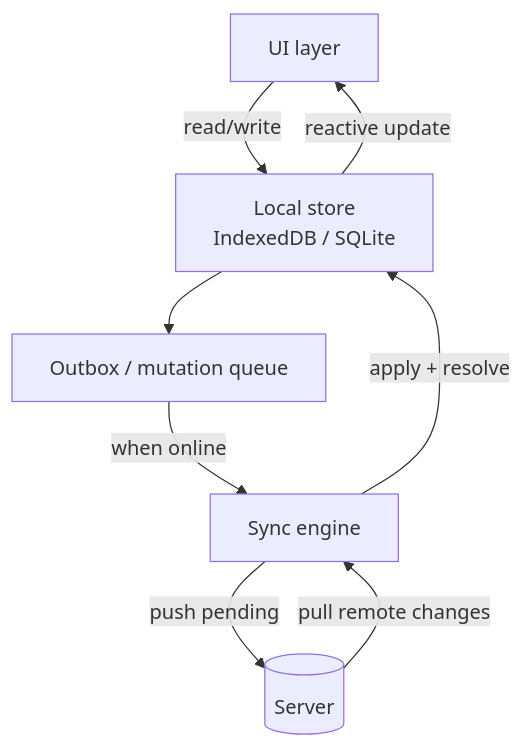
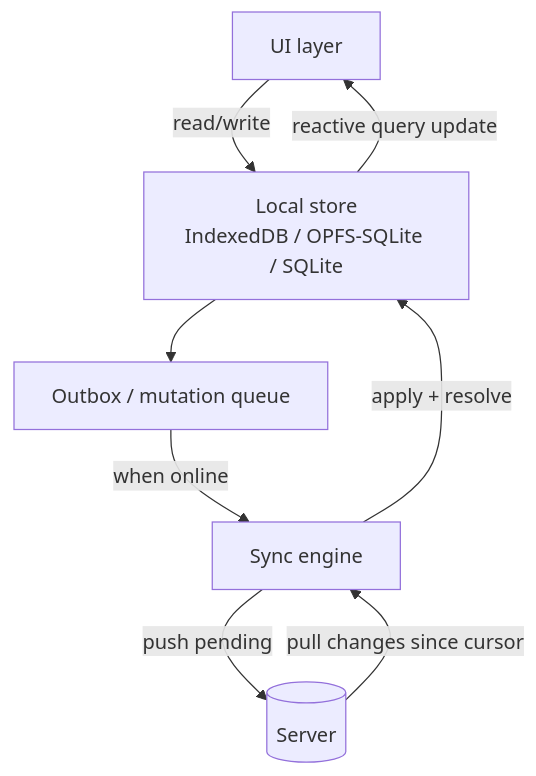
One commit to AndrewAltimit/Documentation changed the second of 5 diagrams in github-pages/docs/distributed-systems/client-side-consistency.md. Above: the diagram before and after it, drawn with Mermaid. The commit also changed other lines of this file and 240 other files, not shown here.

````diff
--- a/github-pages/docs/distributed-systems/client-side-consistency.md
+++ b/github-pages/docs/distributed-systems/client-side-consistency.md
@@ -48,10 +51,10 @@
 ```mermaid
 flowchart TD
-    UI[UI layer] -->|read/write| Local[Local store<br/>IndexedDB / SQLite]
+    UI[UI layer] -->|read/write| Local[Local store<br/>IndexedDB / OPFS-SQLite / SQLite]
     Local --> Q[Outbox / mutation queue]
     Q -->|when online| Sync[Sync engine]
     Sync -->|push pending| Server[(Server)]
-    Server -->|pull remote changes| Sync
+    Server -->|pull changes since cursor| Sync
     Sync -->|apply + resolve| Local
-    Local -->|reactive update| UI
+    Local -->|reactive query update| UI
 ```
````
